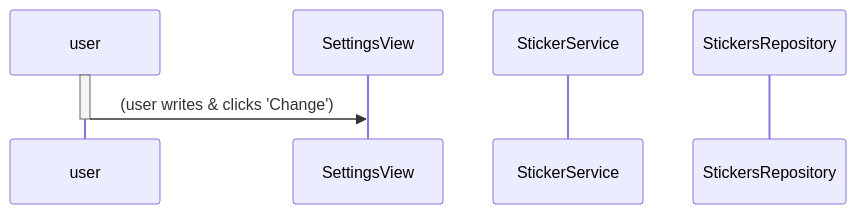
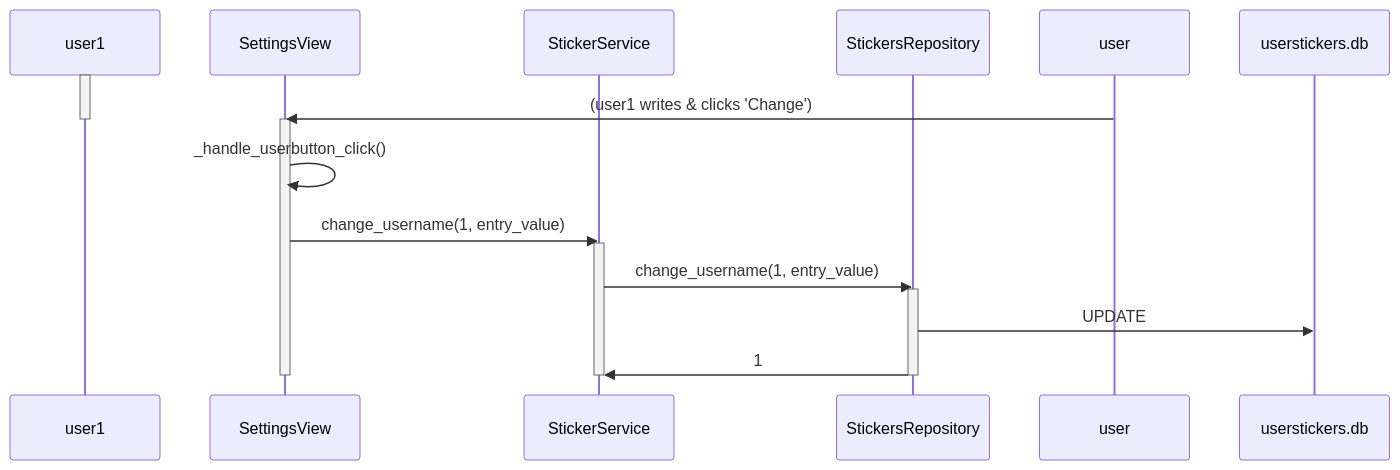
Before and after one commit to suitsuke/ot-harjoitustyo: the fourth of 4 diagrams in dokumentaatio/arkkitehtuuri.md, drawn with Mermaid.

````diff
--- a/dokumentaatio/arkkitehtuuri.md
+++ b/dokumentaatio/arkkitehtuuri.md
@@ -147,14 +147,25 @@
 ```mermaid
 sequenceDiagram
-	participant user
+	participant user1
 	participant SettingsView
 	participant StickerService
 	participant StickersRepository
 	
-    activate user
-    user->>SettingsView:(user writes & clicks 'Change')
-    deactivate user
+    activate user1
+    user->>SettingsView:(user1 writes & clicks 'Change')
+    deactivate user1
     activate SettingsView
+    SettingsView->>SettingsView:_handle_userbutton_click()
+    SettingsView->>StickerService:change_username(1, entry_value)
+    activate StickerService
+    StickerService->>StickersRepository:change_username(1, entry_value)
+    activate StickersRepository
+    participant userstickers.db
+    StickersRepository->>userstickers.db:UPDATE
+    StickersRepository->>StickerService:1
+    deactivate StickersRepository
+    deactivate StickerService
+    deactivate SettingsView
     
     
 ```
````
